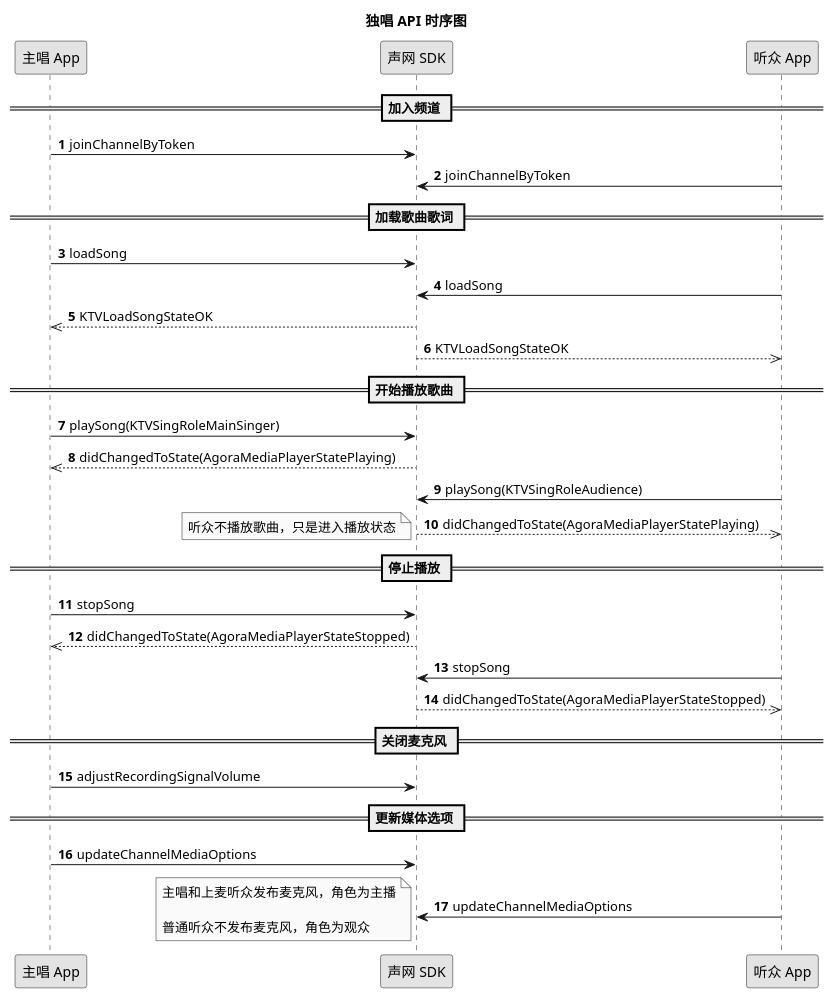
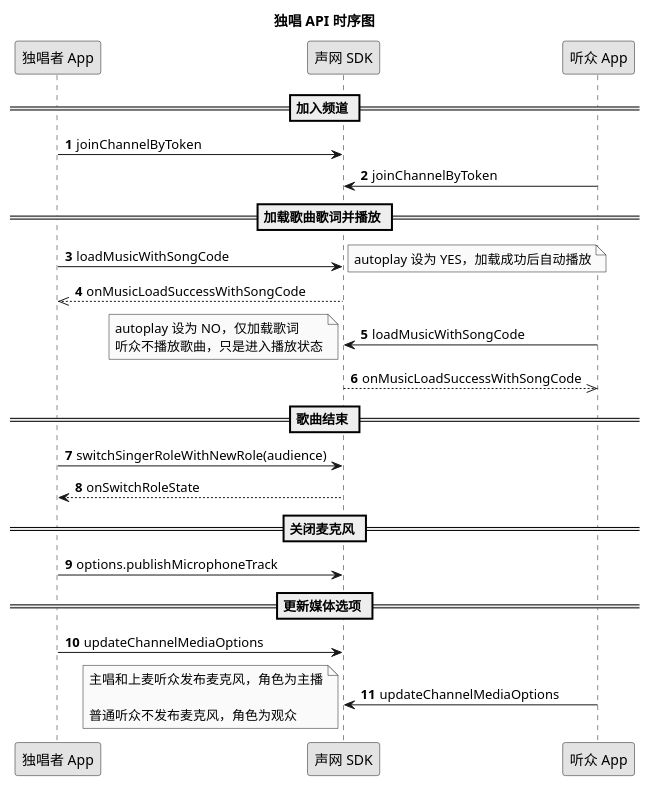
One commit to AgoraIO/agora_doc_source changed the diagram in markdown/online-ktv/改进/场景化方案/iOS/实现文档/独唱.wsd. Above: the diagram before and after it, drawn with PlantUML. The commit also changed 3 other files, not shown here.

Commit message:
update api sequence

```diff
--- a/markdown/online-ktv/改进/场景化方案/iOS/实现文档/独唱.wsd
+++ b/markdown/online-ktv/改进/场景化方案/iOS/实现文档/独唱.wsd
@@ -1,39 +1,36 @@
 @startuml
 title 独唱 API 时序图
 autonumber
 skinparam monochrome true
-participant "主唱 App" as a
+participant "独唱者 App" as a
 participant "声网 SDK" as b
 participant "听众 App" as c
 == 加入频道 ==
 a -> b: joinChannelByToken
 c -> b: joinChannelByToken
-== 加载歌曲歌词 ==
-a -> b: loadSong
-c -> b: loadSong
-b -->> a: KTVLoadSongStateOK
-b -->> c: KTVLoadSongStateOK
-== 开始播放歌曲 ==
-a -> b: playSong(KTVSingRoleMainSinger)
-b -->> a: didChangedToState(AgoraMediaPlayerStatePlaying)
-c -> b: playSong(KTVSingRoleAudience)
-b -->> c: didChangedToState(AgoraMediaPlayerStatePlaying)
+== 加载歌曲歌词并播放 ==
+a -> b: loadMusicWithSongCode
+note right
+autoplay 设为 YES，加载成功后自动播放
+end note
+b -->> a: onMusicLoadSuccessWithSongCode
+c -> b: loadMusicWithSongCode
 note left
+autoplay 设为 NO，仅加载歌词
 听众不播放歌曲，只是进入播放状态
 end note
-== 停止播放 ==
-a -> b: stopSong
-b -->> a: didChangedToState(AgoraMediaPlayerStateStopped)
-c -> b: stopSong
-b -->> c: didChangedToState(AgoraMediaPlayerStateStopped)
+b -->> c: onMusicLoadSuccessWithSongCode
+== 歌曲结束 ==
+a -> b: switchSingerRoleWithNewRole(audience)
+b --> a: onSwitchRoleState
 == 关闭麦克风 ==
-a -> b: adjustRecordingSignalVolume
+a -> b: options.publishMicrophoneTrack
 == 更新媒体选项 ==
 a -> b: updateChannelMediaOptions
 c -> b: updateChannelMediaOptions
 note left
 主唱和上麦听众发布麦克风，角色为主播
 
 普通听众不发布麦克风，角色为观众
 end note
 @enduml
```
